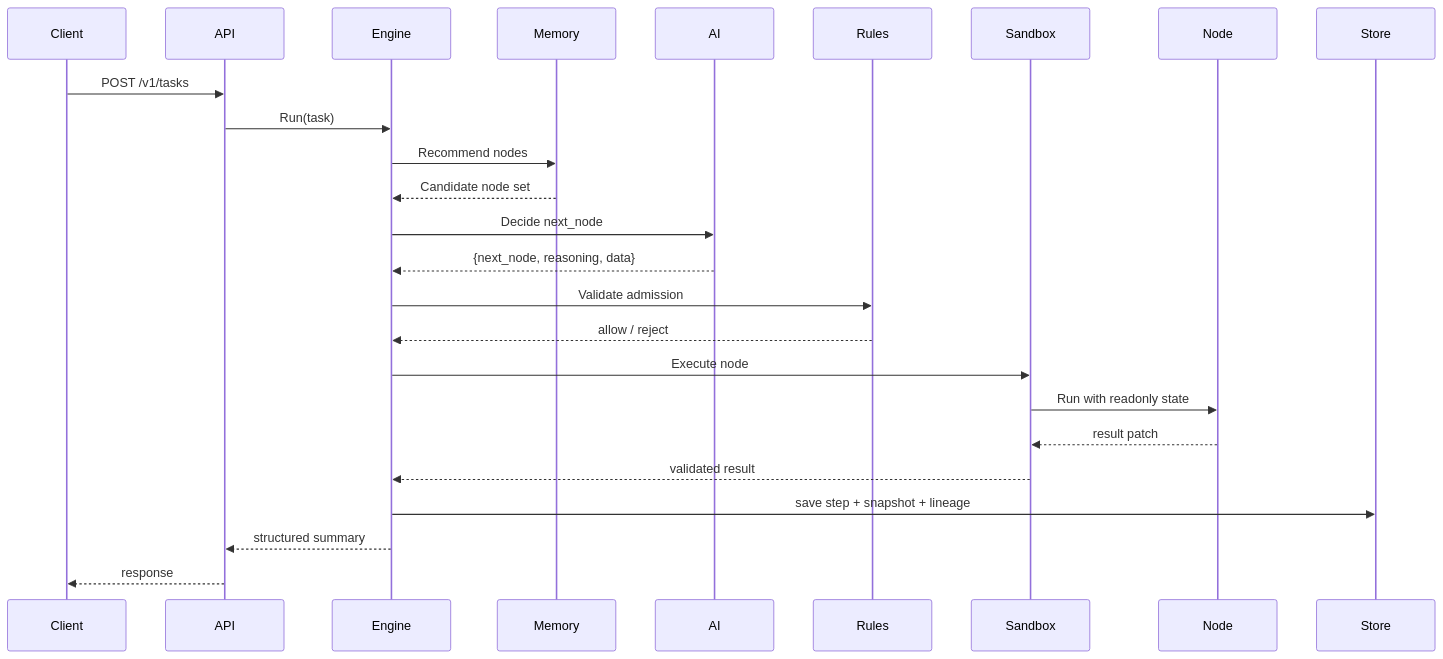
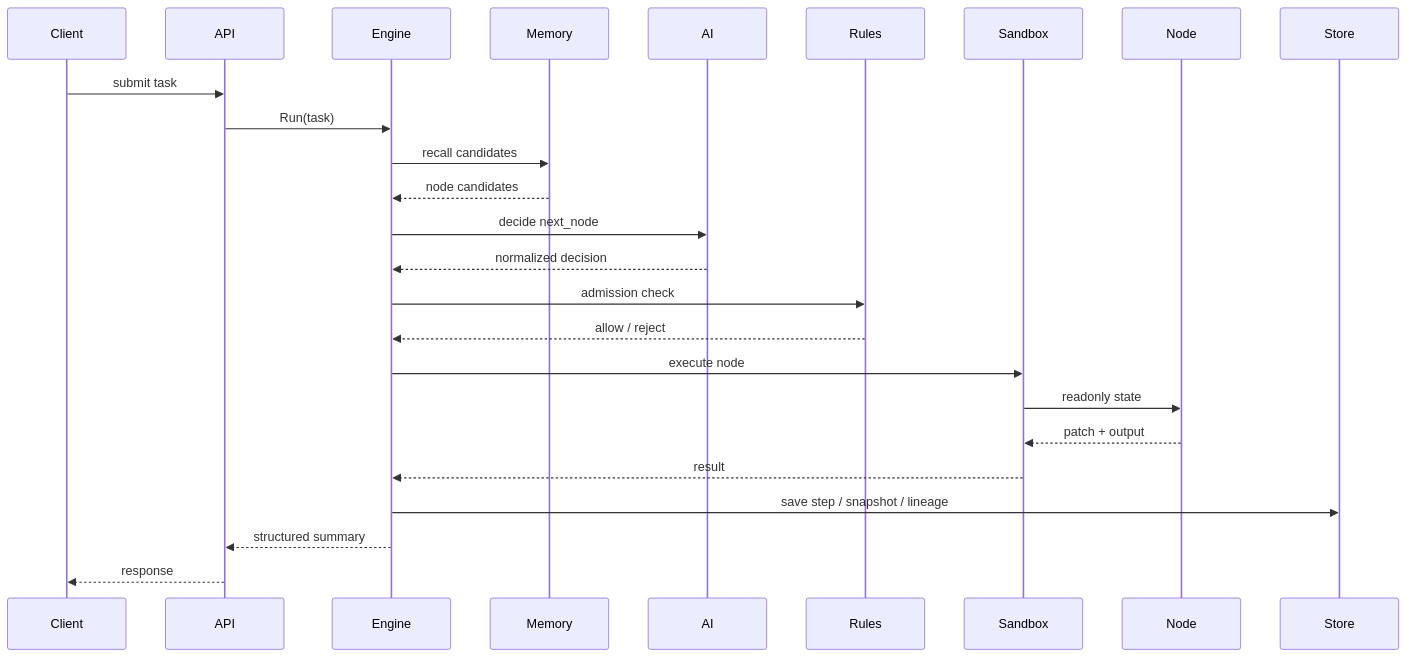
Before and after one commit to Yonsun-w/dynagent-go: the diagram in docs/README.en.md, drawn with Mermaid. The commit also changed other lines of this file and 8 other files, not shown here.

Commit message:
docs: modernize diagrams and set chinese as default readme

````diff
--- a/docs/README.en.md
+++ b/docs/README.en.md
@@ -136,28 +107,28 @@
 ```mermaid
 sequenceDiagram
     participant Client
     participant API
     participant Engine
     participant Memory
     participant AI
     participant Rules
     participant Sandbox
     participant Node
     participant Store
 
-    Client->>API: POST /v1/tasks
+    Client->>API: submit task
     API->>Engine: Run(task)
-    Engine->>Memory: Recommend nodes
-    Memory-->>Engine: Candidate node set
-    Engine->>AI: Decide next_node
-    AI-->>Engine: {next_node, reasoning, data}
-    Engine->>Rules: Validate admission
+    Engine->>Memory: recall candidates
+    Memory-->>Engine: node candidates
+    Engine->>AI: decide next_node
+    AI-->>Engine: normalized decision
+    Engine->>Rules: admission check
     Rules-->>Engine: allow / reject
-    Engine->>Sandbox: Execute node
-    Sandbox->>Node: Run with readonly state
-    Node-->>Sandbox: result patch
-    Sandbox-->>Engine: validated result
-    Engine->>Store: save step + snapshot + lineage
+    Engine->>Sandbox: execute node
+    Sandbox->>Node: readonly state
+    Node-->>Sandbox: patch + output
+    Sandbox-->>Engine: result
+    Engine->>Store: save step / snapshot / lineage
     Engine-->>API: structured summary
     API-->>Client: response
 ```
````
